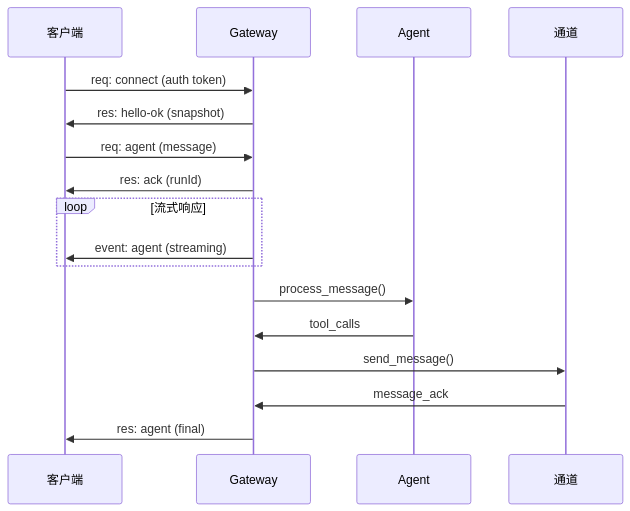
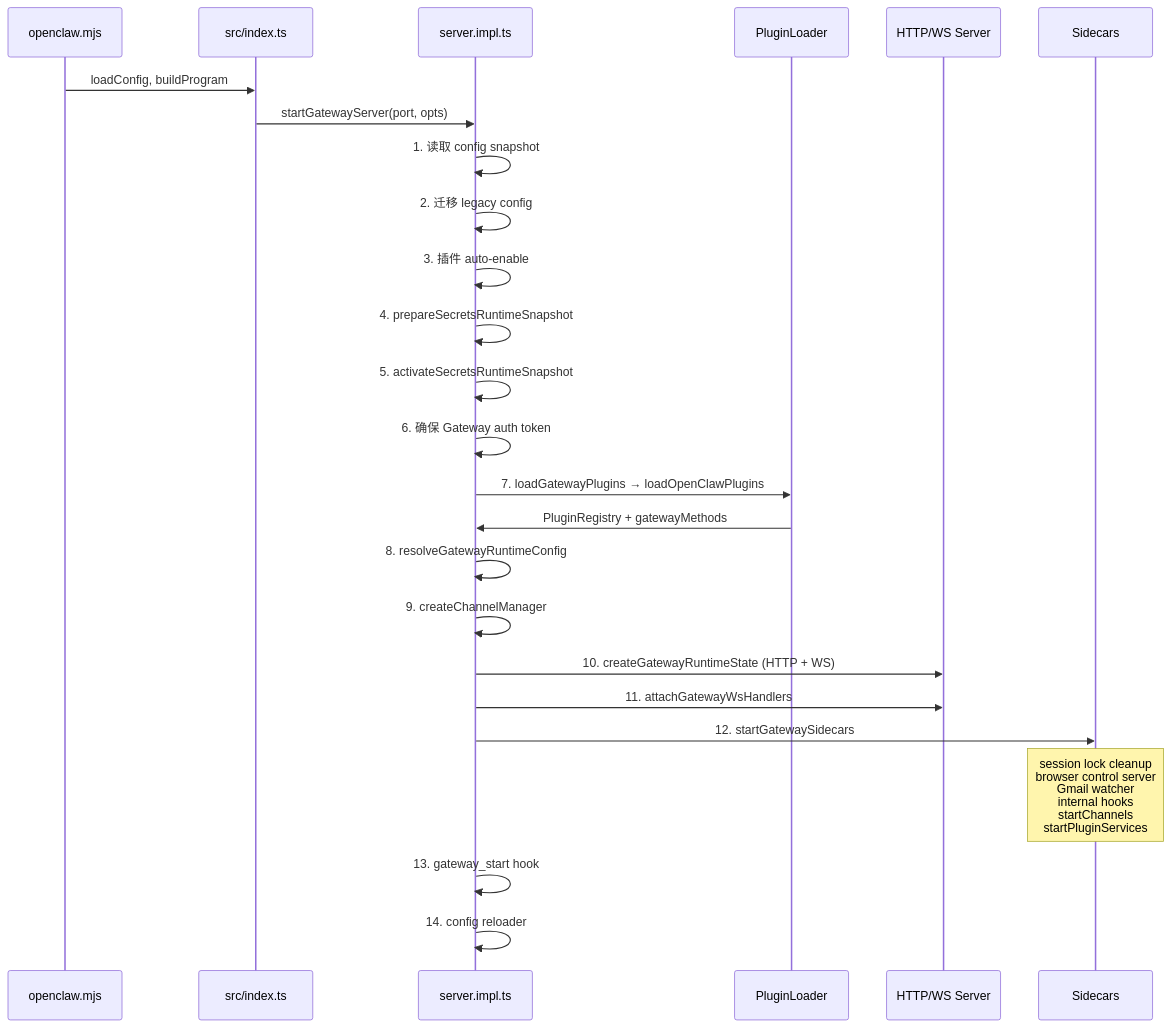
One commit to caicongyang/bloger changed the second of 10 diagrams in openclaw/ARCHITECTURE.md. Above: the diagram before and after it, drawn with Mermaid. The commit also changed other lines of this file and 13 other files, not shown here.

````diff
--- a/openclaw/ARCHITECTURE.md
+++ b/openclaw/ARCHITECTURE.md
@@ -444,23 +178,28 @@
 ```mermaid
 sequenceDiagram
-    participant C as 客户端
-    participant G as Gateway
-    participant A as Agent
-    participant Ch as 通道
-    
-    C->>G: req: connect (auth token)
-    G->>C: res: hello-ok (snapshot)
-    
-    C->>G: req: agent (message)
-    G->>C: res: ack (runId)
-    
-    loop 流式响应
-        G->>C: event: agent (streaming)
-    end
-    
-    G->>A: process_message()
-    A->>G: tool_calls
-    G->>Ch: send_message()
-    Ch->>G: message_ack
-    G->>C: res: agent (final)
+    participant E as openclaw.mjs
+    participant I as src/index.ts
+    participant G as server.impl.ts
+    participant P as PluginLoader
+    participant H as HTTP/WS Server
+    participant S as Sidecars
+
+    E->>I: loadConfig, buildProgram
+    I->>G: startGatewayServer(port, opts)
+    G->>G: 1. 读取 config snapshot
+    G->>G: 2. 迁移 legacy config
+    G->>G: 3. 插件 auto-enable
+    G->>G: 4. prepareSecretsRuntimeSnapshot
+    G->>G: 5. activateSecretsRuntimeSnapshot
+    G->>G: 6. 确保 Gateway auth token
+    G->>P: 7. loadGatewayPlugins → loadOpenClawPlugins
+    P->>G: PluginRegistry + gatewayMethods
+    G->>G: 8. resolveGatewayRuntimeConfig
+    G->>G: 9. createChannelManager
+    G->>H: 10. createGatewayRuntimeState (HTTP + WS)
+    G->>H: 11. attachGatewayWsHandlers
+    G->>S: 12. startGatewaySidecars
+    Note over S: session lock cleanup<br/>browser control server<br/>Gmail watcher<br/>internal hooks<br/>startChannels<br/>startPluginServices
+    G->>G: 13. gateway_start hook
+    G->>G: 14. config reloader
 ```
````
